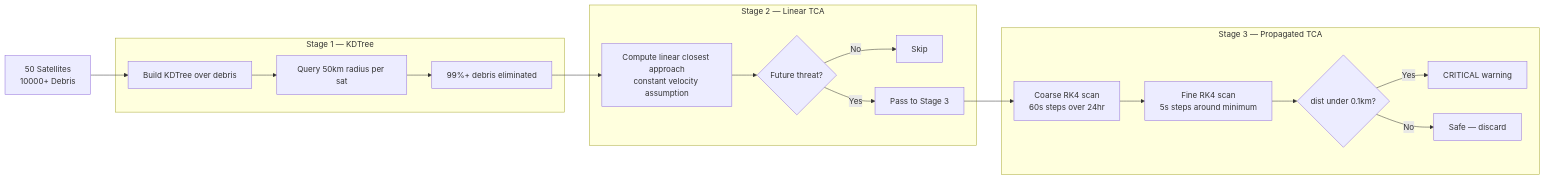
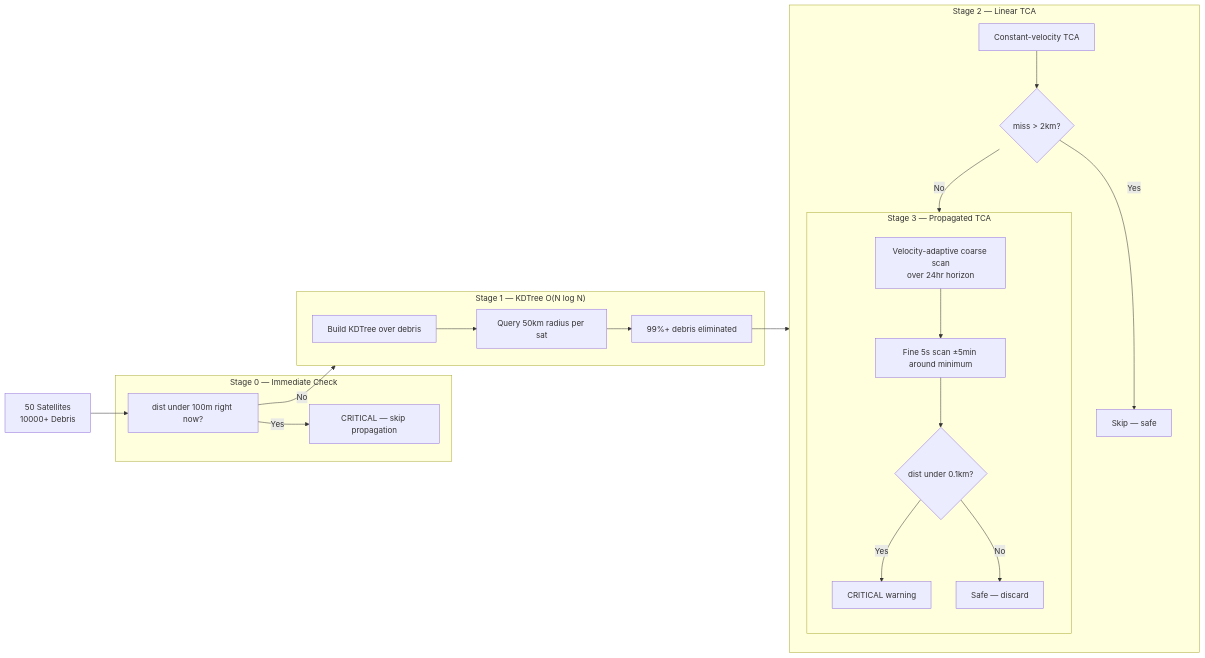
Before and after one commit to mercer6969/acm-project: the fourth of 9 diagrams in README.md, drawn with Mermaid. The commit also changed other lines of this file, not shown here.

````diff
--- a/README.md
+++ b/README.md
@@ -141,29 +149,34 @@
 ```mermaid
 flowchart LR
     A[50 Satellites\n10000+ Debris] --> B
 
-    subgraph S1["Stage 1 — KDTree"]
-        B[Build KDTree over debris]
-        B --> C[Query 50km radius per sat]
-        C --> D[99%+ debris eliminated]
+    subgraph S0["Stage 0 — Immediate Check"]
+        B[dist under 100m right now?]
+        B -->|Yes| CRIT[CRITICAL — skip propagation]
     end
 
-    D --> E
+    B -->|No| S1
+
+    subgraph S1["Stage 1 — KDTree O(N log N)"]
+        S1A[Build KDTree over debris]
+        S1A --> S1B[Query 50km radius per sat]
+        S1B --> S1C[99%+ debris eliminated]
+    end
+
+    S1C --> S2
 
     subgraph S2["Stage 2 — Linear TCA"]
-        E[Compute linear closest approach\nconstant velocity assumption]
-        E --> F{Future threat?}
-        F -->|No| G[Skip]
-        F -->|Yes| H[Pass to Stage 3]
+        S2A[Constant-velocity TCA]
+        S2A --> S2B{miss > 2km?}
+        S2B -->|Yes| SKIP[Skip — safe]
+        S2B -->|No| S3
     end
 
-    H --> I
-
     subgraph S3["Stage 3 — Propagated TCA"]
-        I[Coarse RK4 scan\n60s steps over 24hr]
-        I --> J[Fine RK4 scan\n5s steps around minimum]
-        J --> K{dist under 0.1km?}
-        K -->|Yes| L[CRITICAL warning]
-        K -->|No| M[Safe — discard]
+        S3A[Velocity-adaptive coarse scan\nover 24hr horizon]
+        S3A --> S3B[Fine 5s scan ±5min around minimum]
+        S3B --> S3C{dist under 0.1km?}
+        S3C -->|Yes| L[CRITICAL warning]
+        S3C -->|No| M[Safe — discard]
     end
 ```
````
